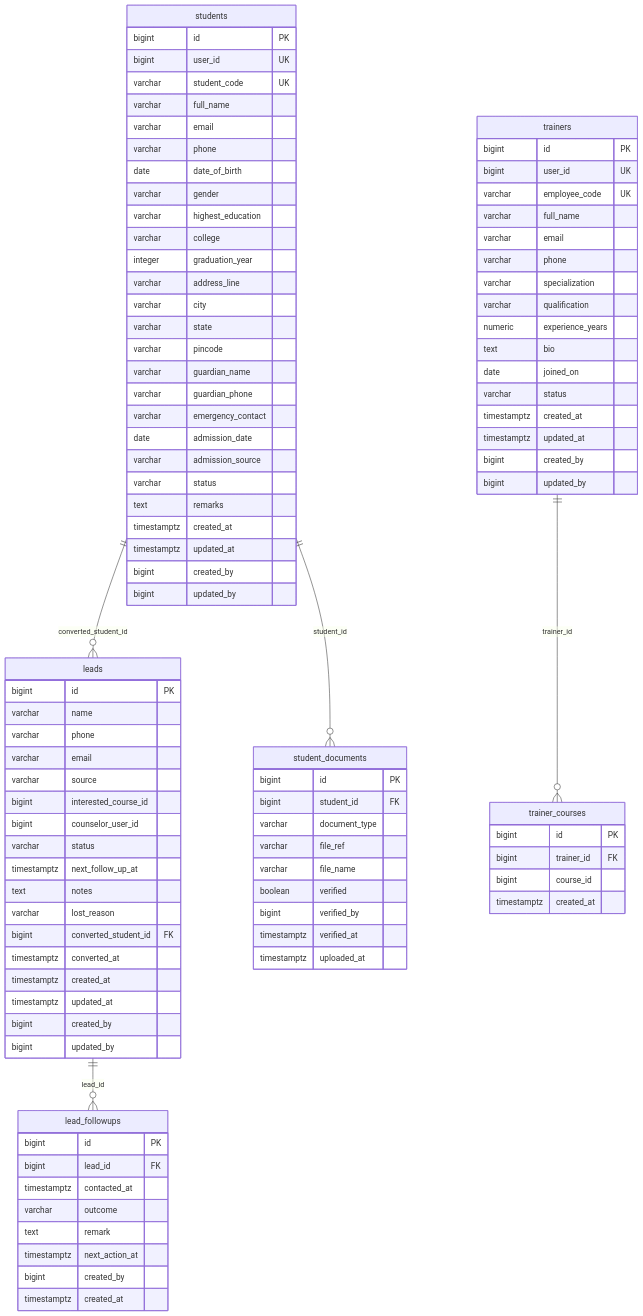
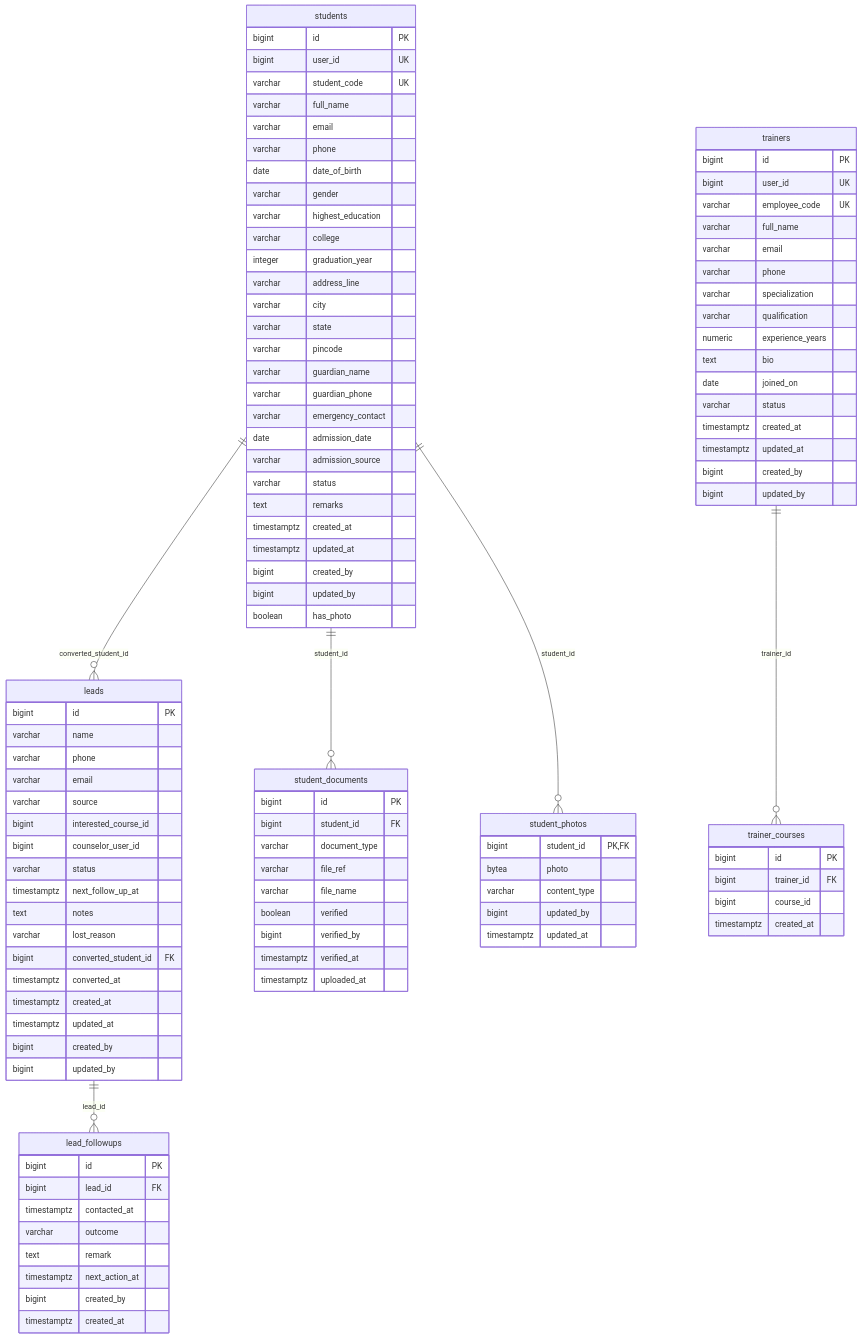
One commit to rohanrk2810/ITLMS changed the diagram in docs/diagrams/db/admission.mmd. Above: the diagram before and after it, drawn with Mermaid. The commit also changed 53 other files, not shown here.

```diff
--- a/docs/diagrams/db/admission.mmd
+++ b/docs/diagrams/db/admission.mmd
@@ -1,97 +1,106 @@
 erDiagram
     lead_followups {
         bigint id PK
         bigint lead_id FK
         timestamptz contacted_at
         varchar outcome
         text remark
         timestamptz next_action_at
         bigint created_by
         timestamptz created_at
     }
     leads {
         bigint id PK
         varchar name
         varchar phone
         varchar email
         varchar source
         bigint interested_course_id
         bigint counselor_user_id
         varchar status
         timestamptz next_follow_up_at
         text notes
         varchar lost_reason
         bigint converted_student_id FK
         timestamptz converted_at
         timestamptz created_at
         timestamptz updated_at
         bigint created_by
         bigint updated_by
     }
     student_documents {
         bigint id PK
         bigint student_id FK
         varchar document_type
         varchar file_ref
         varchar file_name
         boolean verified
         bigint verified_by
         timestamptz verified_at
         timestamptz uploaded_at
     }
+    student_photos {
+        bigint student_id PK,FK
+        bytea photo
+        varchar content_type
+        bigint updated_by
+        timestamptz updated_at
+    }
     students {
         bigint id PK
         bigint user_id UK
         varchar student_code UK
         varchar full_name
         varchar email
         varchar phone
         date date_of_birth
         varchar gender
         varchar highest_education
         varchar college
         integer graduation_year
         varchar address_line
         varchar city
         varchar state
         varchar pincode
         varchar guardian_name
         varchar guardian_phone
         varchar emergency_contact
         date admission_date
         varchar admission_source
         varchar status
         text remarks
         timestamptz created_at
         timestamptz updated_at
         bigint created_by
         bigint updated_by
+        boolean has_photo
     }
     trainer_courses {
         bigint id PK
         bigint trainer_id FK
         bigint course_id
         timestamptz created_at
     }
     trainers {
         bigint id PK
         bigint user_id UK
         varchar employee_code UK
         varchar full_name
         varchar email
         varchar phone
         varchar specialization
         varchar qualification
         numeric experience_years
         text bio
         date joined_on
         varchar status
         timestamptz created_at
         timestamptz updated_at
         bigint created_by
         bigint updated_by
     }
     leads ||--o{ lead_followups : "lead_id"
     students ||--o{ leads : "converted_student_id"
     students ||--o{ student_documents : "student_id"
+    students ||--o{ student_photos : "student_id"
     trainers ||--o{ trainer_courses : "trainer_id"
```
